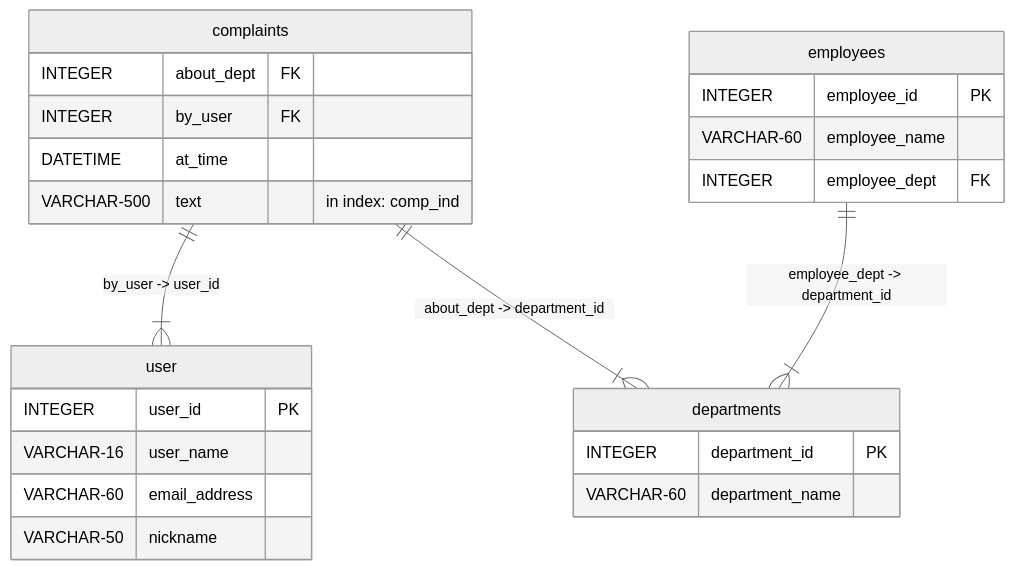
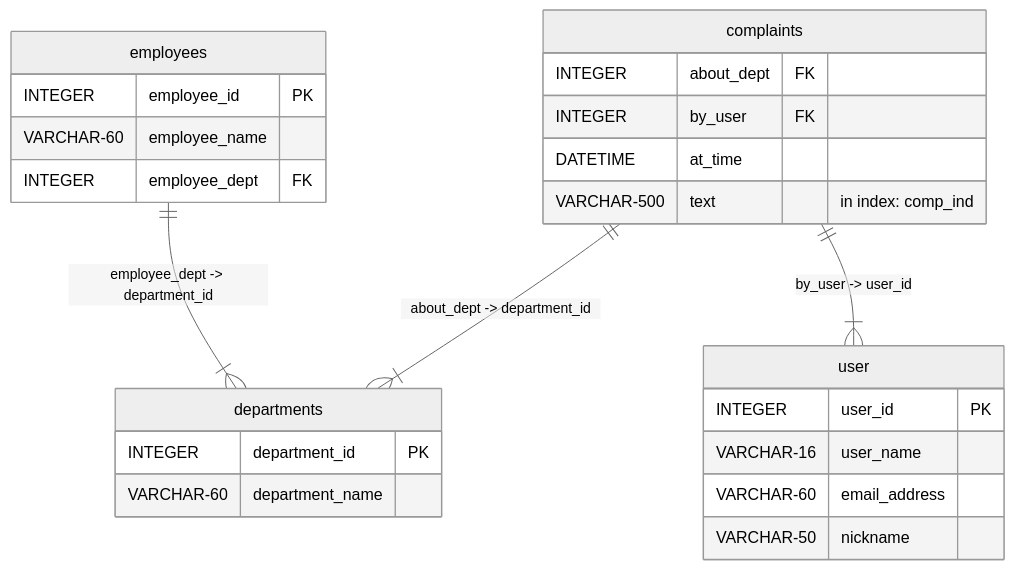
The diagram in README.md (endremborza/sqlmermaid), drawn with Mermaid (neutral theme) before and after one commit. The commit also changed other lines of this file and 1 other file, not shown here.

Commit message:
deterministic diagram output

````diff
--- a/README.md
+++ b/README.md
@@ -7,27 +7,27 @@
 ```mermaid
 erDiagram
   "complaints" {
      INTEGER about_dept FK
      INTEGER by_user FK
      DATETIME at_time
      VARCHAR-500 text "in index: comp_ind"
   }
   "departments" {
      INTEGER department_id PK
      VARCHAR-60 department_name
   }
   "user" {
      INTEGER user_id PK
      VARCHAR-16 user_name
      VARCHAR-60 email_address
      VARCHAR-50 nickname
   }
   "employees" {
      INTEGER employee_id PK
      VARCHAR-60 employee_name
      INTEGER employee_dept FK
   }
+  "complaints" ||--|{ "departments" : "about_dept -> department_id"
   "complaints" ||--|{ "user" : "by_user -> user_id"
-  "complaints" ||--|{ "departments" : "about_dept -> department_id"
   "employees" ||--|{ "departments" : "employee_dept -> department_id"
 ```
````
